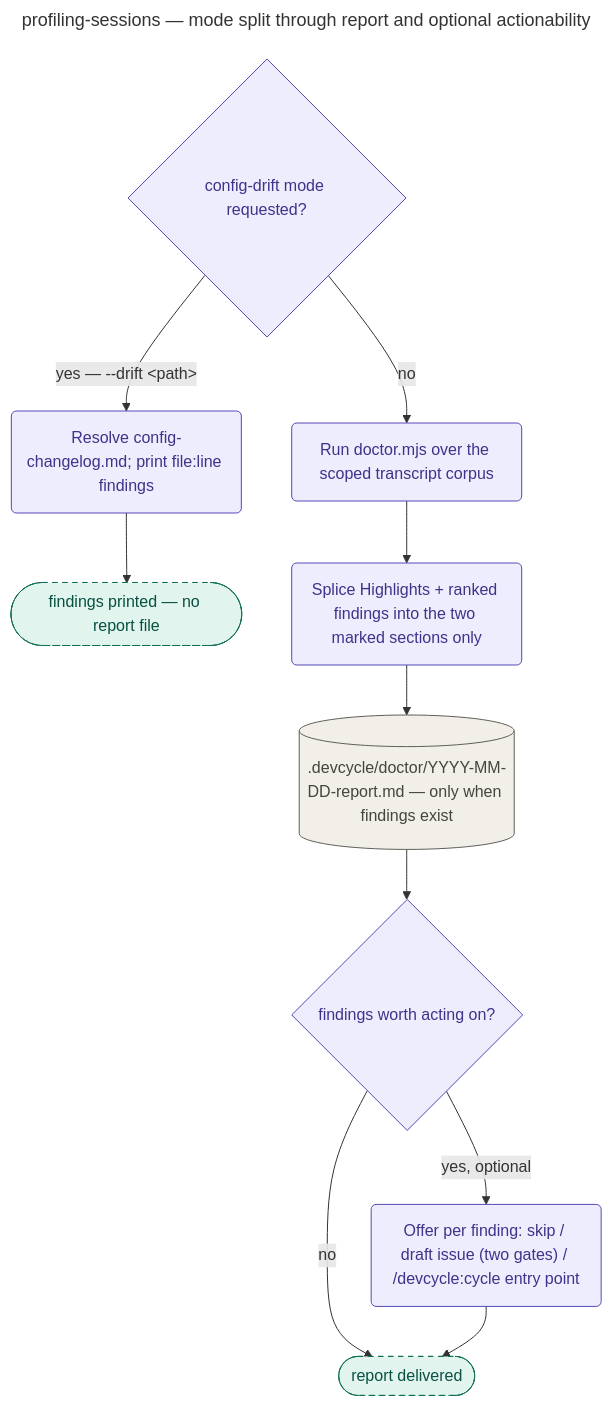
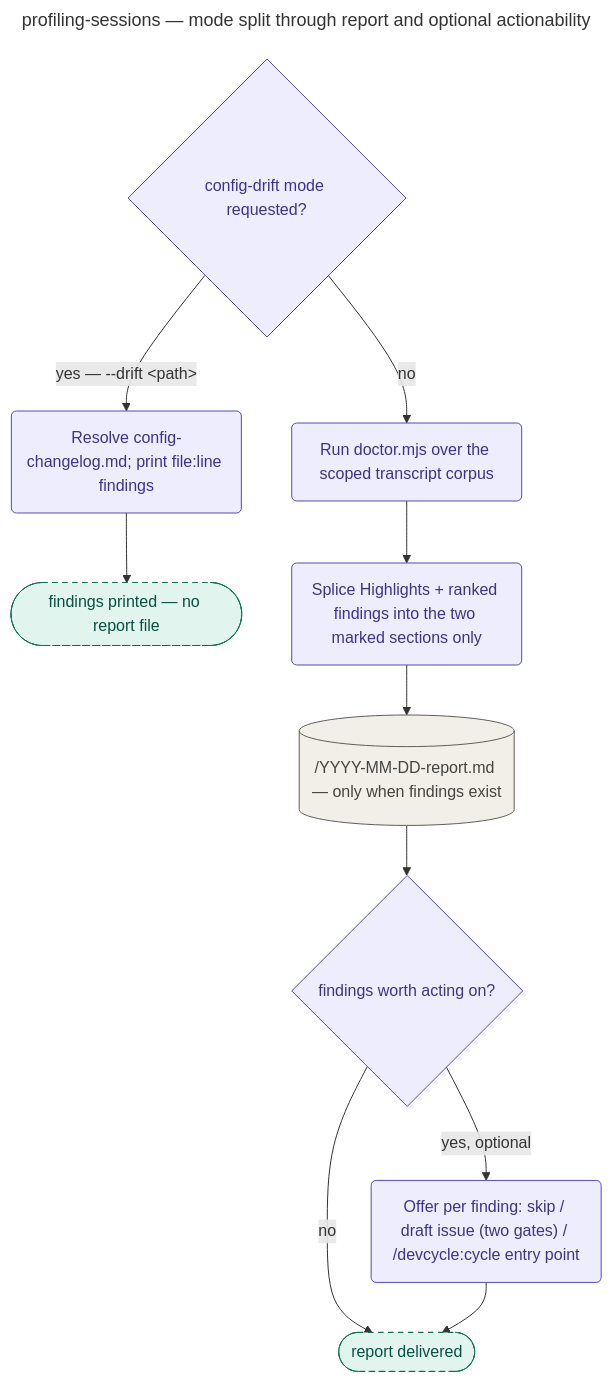
The diagram in docs/playbooks/profiling-sessions/README.md (KonstantinRoehrl/devcycle), drawn with Mermaid before and after one commit. The commit also changed other lines of this file and 18 other files, not shown here.

Commit message:
fix(doctor): commit-sensor coverage, fixed report path, and review-panel robustness (#224)

````diff
--- a/docs/playbooks/profiling-sessions/README.md
+++ b/docs/playbooks/profiling-sessions/README.md
@@ -33,21 +33,21 @@
 ```mermaid
 ---
 title: profiling-sessions — mode split through report and optional actionability
 accDescr: Playbook-internal flowchart of the profiling-sessions playbook, from the config-drift-versus-cost-analysis mode split, through running doctor.mjs and splicing its two marked sections, to the persisted report and the optional, fully skippable actionability offer.
 ---
 flowchart TD
     MODE{"config-drift mode requested?"}:::stage
     MODE -->|"yes — --drift &lt;path&gt;"| DRIFT("Resolve config-changelog.md; print file:line findings"):::stage
     DRIFT --> DRIFTOUT(["findings printed — no report file"]):::tool
     MODE -->|no| RUN("Run doctor.mjs over the scoped transcript corpus"):::stage
     RUN --> SPLICE("Splice Highlights + ranked findings into the two marked sections only"):::stage
-    SPLICE --> PERSIST[(".devcycle/doctor/YYYY-MM-DD-report.md — only when findings exist")]:::structural
+    SPLICE --> PERSIST[("<doctor dir>/YYYY-MM-DD-report.md — only when findings exist")]:::structural
     PERSIST --> ACT{"findings worth acting on?"}:::stage
     ACT -->|"yes, optional"| OFFER("Offer per finding: skip / draft issue (two gates) / /devcycle:cycle entry point"):::stage
     ACT -->|no| DONE(["report delivered"]):::tool
     OFFER --> DONE
 
     classDef stage fill:#EEEDFE,stroke:#534AB7,color:#3C3489;
     classDef tool fill:#E1F5EE,stroke:#0F6E56,color:#085041,stroke-dasharray:5 5;
     classDef structural fill:#F1EFE8,stroke:#5F5E5A,color:#444441;
 ```
````
